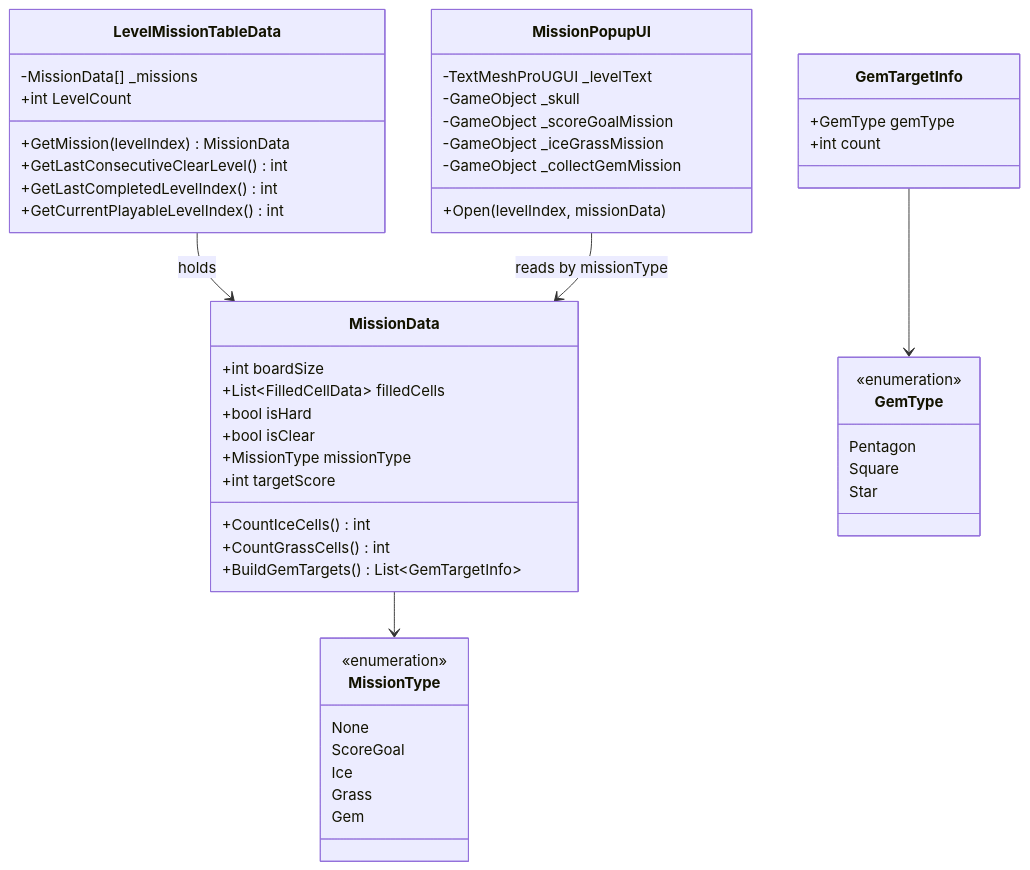
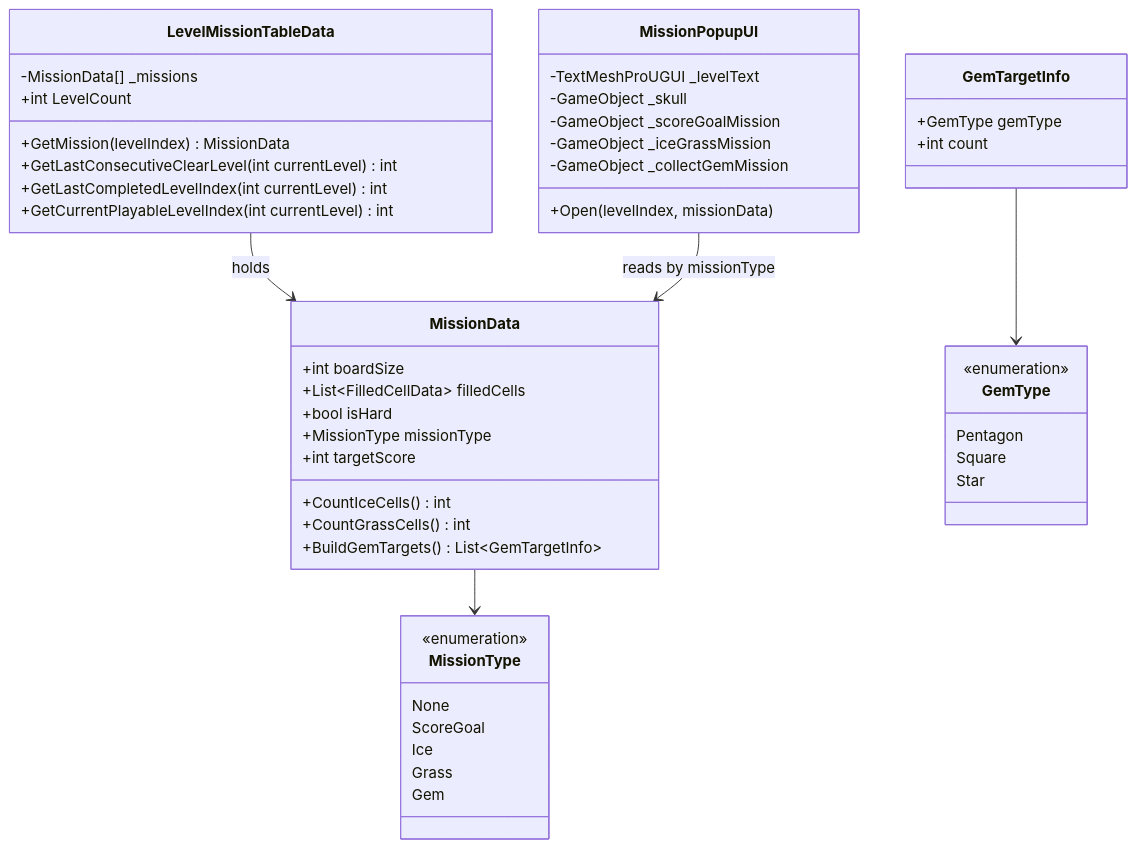
Before and after one commit to chlghksgml01/BlockPuzzle: the second of 3 diagrams in docs/diagrams/level-map.md, drawn with Mermaid. The commit also changed other lines of this file and 12 other files, not shown here.

````diff
--- a/docs/diagrams/level-map.md
+++ b/docs/diagrams/level-map.md
@@ -118,58 +118,57 @@
 ```mermaid
 classDiagram
     class MissionData {
         +int boardSize
         +List~FilledCellData~ filledCells
         +bool isHard
-        +bool isClear
         +MissionType missionType
         +int targetScore
         +CountIceCells() int
         +CountGrassCells() int
         +BuildGemTargets() List~GemTargetInfo~
     }
 
     class MissionType {
         <<enumeration>>
         None
         ScoreGoal
         Ice
         Grass
         Gem
     }
 
     class GemType {
         <<enumeration>>
         Pentagon
         Square
         Star
     }
 
     class GemTargetInfo {
         +GemType gemType
         +int count
     }
 
     class LevelMissionTableData {
         -MissionData[] _missions
         +int LevelCount
         +GetMission(levelIndex) MissionData
-        +GetLastConsecutiveClearLevel() int
-        +GetLastCompletedLevelIndex() int
-        +GetCurrentPlayableLevelIndex() int
+        +GetLastConsecutiveClearLevel(int currentLevel) int
+        +GetLastCompletedLevelIndex(int currentLevel) int
+        +GetCurrentPlayableLevelIndex(int currentLevel) int
     }
 
     class MissionPopupUI {
         -TextMeshProUGUI _levelText
         -GameObject _skull
         -GameObject _scoreGoalMission
         -GameObject _iceGrassMission
         -GameObject _collectGemMission
         +Open(levelIndex, missionData)
     }
 
     MissionData --> MissionType
     GemTargetInfo --> GemType
     LevelMissionTableData --> MissionData : holds
     MissionPopupUI --> MissionData : reads by missionType
 ```
````
